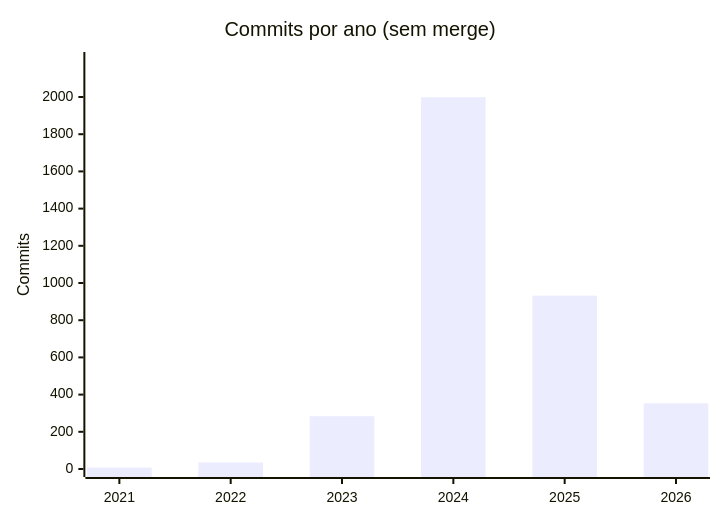
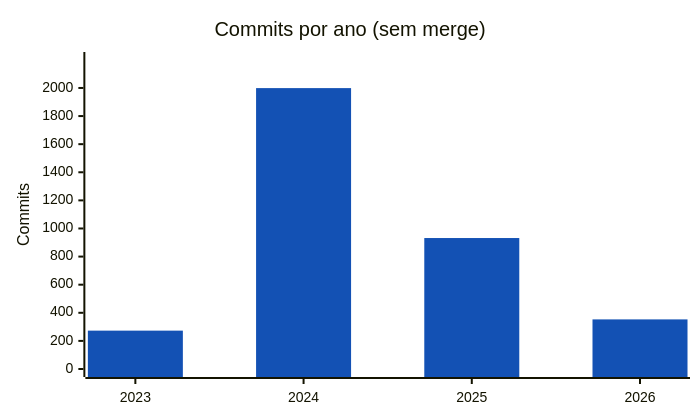
The first of 3 diagrams in docs/estatisticas/commits.md (RochaCarla/doc-bp), drawn with Mermaid before and after one commit. The commit also changed other lines of this file and 44 other files, not shown here.

First line of the commit message:
feat: aba Estudos, e-book em PDF e diagramas legíveis

````diff
--- a/docs/estatisticas/commits.md
+++ b/docs/estatisticas/commits.md
@@ -17,7 +17,16 @@
 ```mermaid
+---
+config:
+  xyChart:
+    width: 680
+    height: 400
+  themeVariables:
+    xyChart:
+      plotColorPalette: "#1351b4, #ff8c00"
+---
 xychart-beta
     title "Commits por ano (sem merge)"
-    x-axis ["2021", "2022", "2023", "2024", "2025", "2026"]
+    x-axis ["2023", "2024", "2025", "2026"]
     y-axis "Commits" 0 --> 2199
-    bar [8, 35, 284, 1999, 932, 353]
+    bar [273, 1999, 932, 353]
 ```
````
